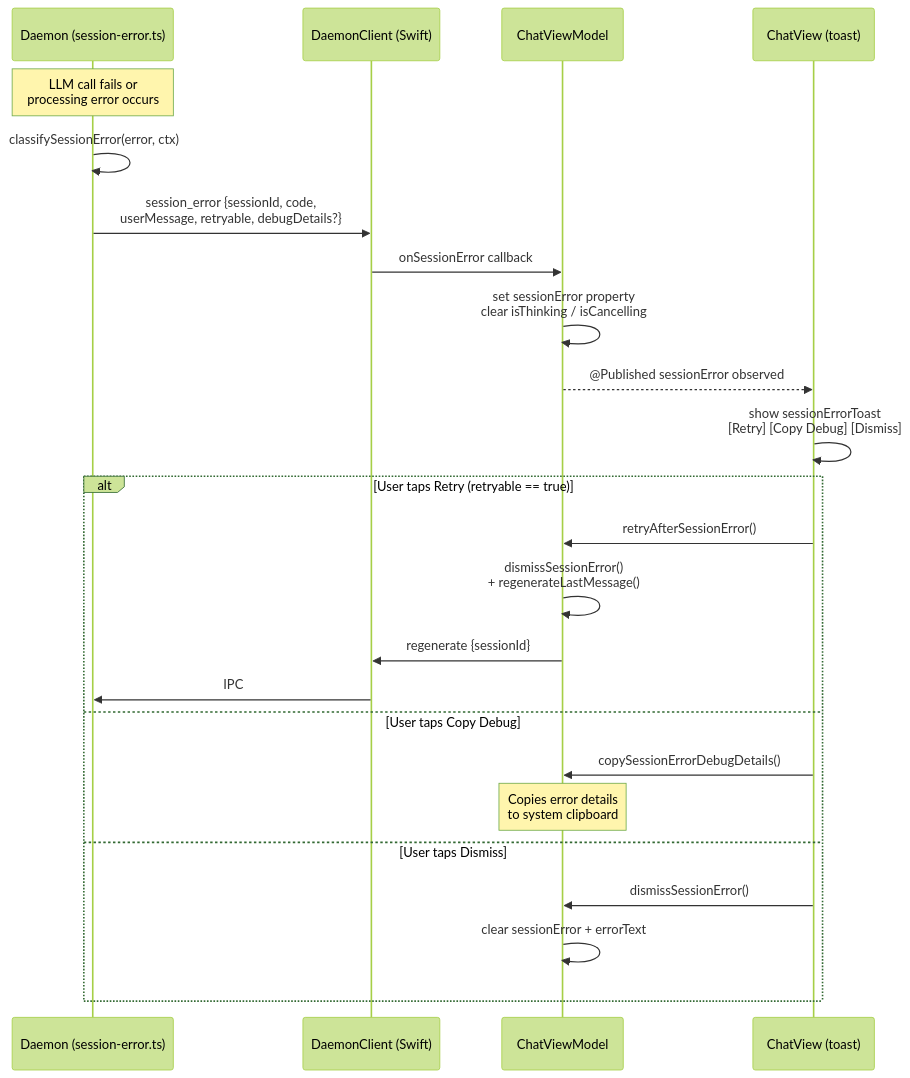
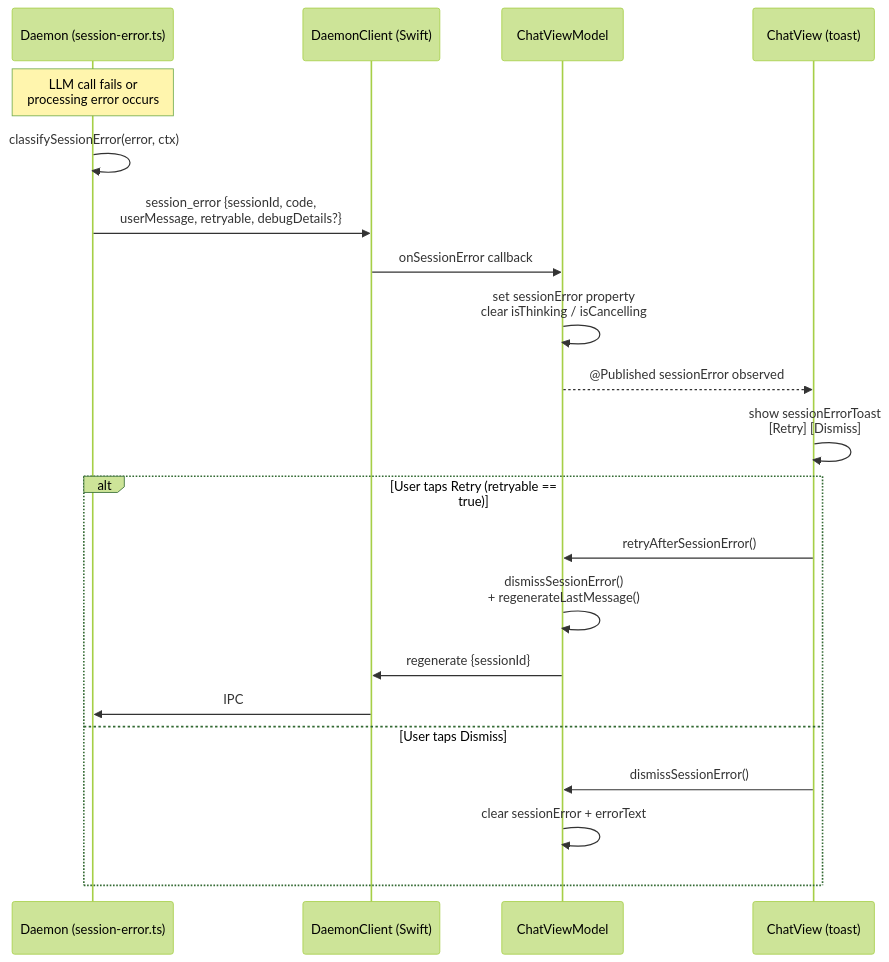
One commit to vellum-ai/vellum-assistant changed the ninth of 14 diagrams in ARCHITECTURE.md. Above: the diagram before and after it, drawn with Mermaid (forest theme). The commit also changed other lines of this file, not shown here.

Commit message:
fix(docs): remove nonexistent Copy Debug button from session_error docs
The session error toast UI only has Retry and Dismiss buttons.
Remove all references to the nonexistent Copy Debug button and
copySessionErrorDebugDetails() method from ARCHITECTURE.md.

Addresses review feedback from PR #2141.

````diff
--- a/ARCHITECTURE.md
+++ b/ARCHITECTURE.md
@@ -739,29 +739,26 @@
 ```mermaid
 sequenceDiagram
     participant Daemon as Daemon (session-error.ts)
     participant DC as DaemonClient (Swift)
     participant VM as ChatViewModel
     participant UI as ChatView (toast)
 
     Note over Daemon: LLM call fails or<br/>processing error occurs
     Daemon->>Daemon: classifySessionError(error, ctx)
     Daemon->>DC: session_error {sessionId, code,<br/>userMessage, retryable, debugDetails?}
     DC->>VM: onSessionError callback
     VM->>VM: set sessionError property<br/>clear isThinking / isCancelling
     VM-->>UI: @Published sessionError observed
 
-    UI->>UI: show sessionErrorToast<br/>[Retry] [Copy Debug] [Dismiss]
+    UI->>UI: show sessionErrorToast<br/>[Retry] [Dismiss]
 
     alt User taps Retry (retryable == true)
         UI->>VM: retryAfterSessionError()
         VM->>VM: dismissSessionError()<br/>+ regenerateLastMessage()
         VM->>DC: regenerate {sessionId}
         DC->>Daemon: IPC
-    else User taps Copy Debug
-        UI->>VM: copySessionErrorDebugDetails()
-        Note over VM: Copies error details<br/>to system clipboard
     else User taps Dismiss
         UI->>VM: dismissSessionError()
         VM->>VM: clear sessionError + errorText
     end
 ```
````
